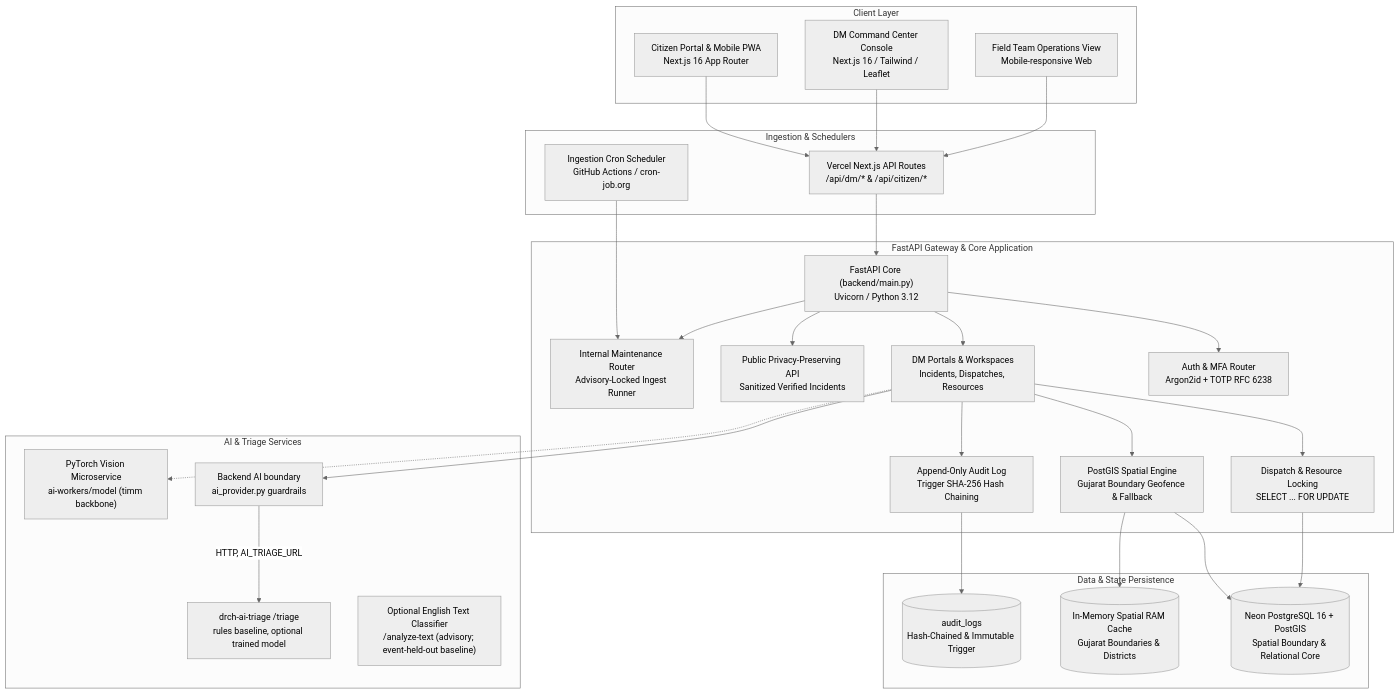
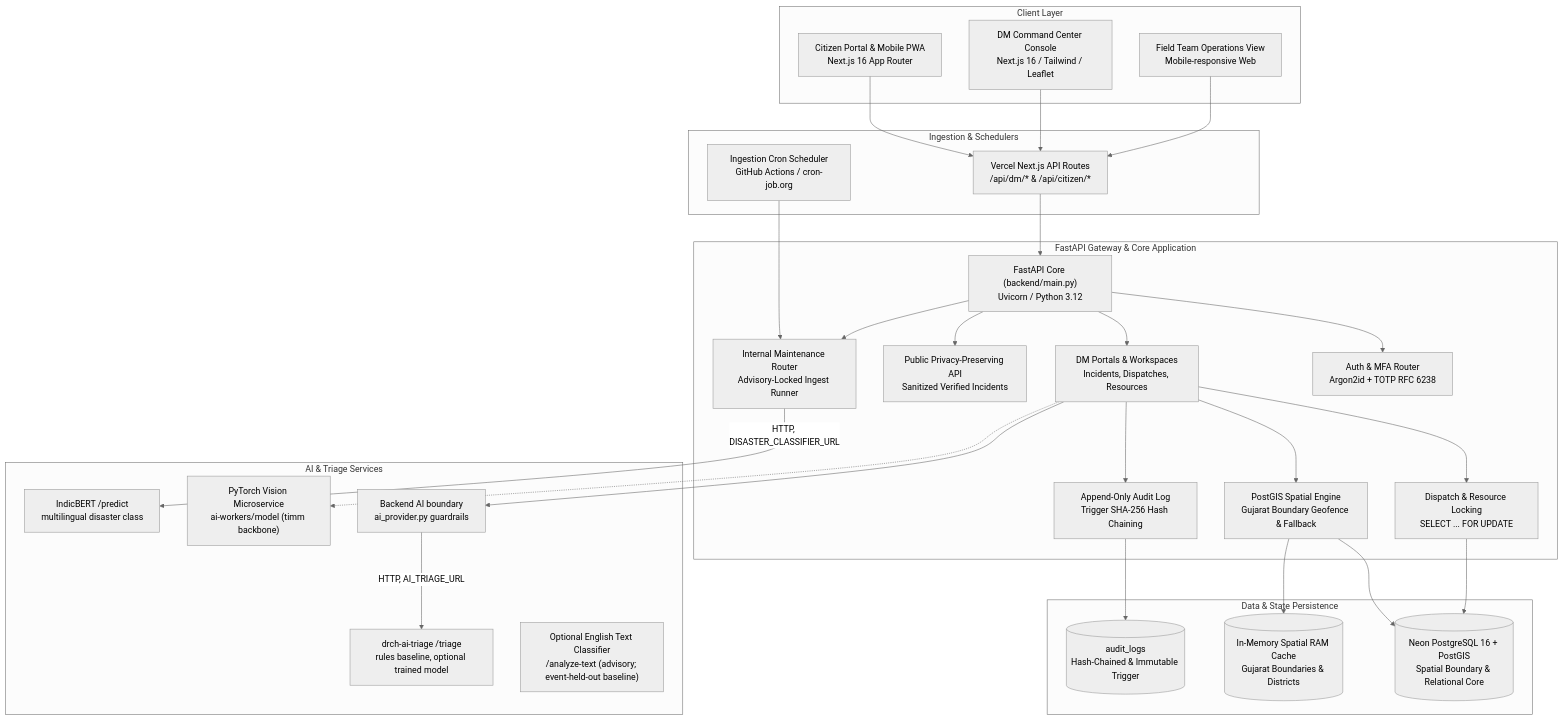
Before and after one commit to RudraBhat/IT314_Software_Project: the first of 2 diagrams in docs/ARCHITECTURE.md, drawn with Mermaid (neutral theme). The commit also changed other lines of this file and 11 other files, not shown here.

First line of the commit message:
feat(ingestion): connect live signals to disaster classifier

````diff
--- a/docs/ARCHITECTURE.md
+++ b/docs/ARCHITECTURE.md
@@ -22,60 +22,62 @@
 ```mermaid
 flowchart TD
     subgraph Clients["Client Layer"]
         CitizenUI["Citizen Portal & Mobile PWA<br/>Next.js 16 App Router"]
         DispatcherUI["DM Command Center Console<br/>Next.js 16 / Tailwind / Leaflet"]
         FieldUI["Field Team Operations View<br/>Mobile-responsive Web"]
     end
 
     subgraph Edge["Ingestion & Schedulers"]
         CronIngest["Ingestion Cron Scheduler<br/>GitHub Actions / cron-job.org"]
         VercelProxy["Vercel Next.js API Routes<br/>/api/dm/* & /api/citizen/*"]
     end
 
     subgraph BackendGateway["FastAPI Gateway & Core Application"]
         MainApp["FastAPI Core (backend/main.py)<br/>Uvicorn / Python 3.12"]
         AuthRouter["Auth & MFA Router<br/>Argon2id + TOTP RFC 6238"]
         DMRouters["DM Portals & Workspaces<br/>Incidents, Dispatches, Resources"]
         PublicRouter["Public Privacy-Preserving API<br/>Sanitized Verified Incidents"]
         InternalRouter["Internal Maintenance Router<br/>Advisory-Locked Ingest Runner"]
         GeoService["PostGIS Spatial Engine<br/>Gujarat Boundary Geofence & Fallback"]
         AuditService["Append-Only Audit Log<br/>Trigger SHA-256 Hash Chaining"]
         DispatchService["Dispatch & Resource Locking<br/>SELECT ... FOR UPDATE"]
     end
 
     subgraph DataStorage["Data & State Persistence"]
         NeonDB[("Neon PostgreSQL 16 + PostGIS<br/>Spatial Boundary & Relational Core")]
         AuditTable[("audit_logs<br/>Hash-Chained & Immutable Trigger")]
         InMemCache[("In-Memory Spatial RAM Cache<br/>Gujarat Boundaries & Districts")]
     end
 
     subgraph AIService["AI & Triage Services"]
         InProcessAI["Backend AI boundary<br/>ai_provider.py guardrails"]
         TriageAI["drch-ai-triage /triage<br/>rules baseline, optional trained model"]
+        DisasterClassifier["IndicBERT /predict<br/>multilingual disaster class"]
         TextAI["Optional English Text Classifier<br/>/analyze-text (advisory; event-held-out baseline)"]
         VisionAI["PyTorch Vision Microservice<br/>ai-workers/model (timm backbone)"]
     end
 
     CitizenUI --> VercelProxy
     DispatcherUI --> VercelProxy
     FieldUI --> VercelProxy
     VercelProxy --> MainApp
     CronIngest --> InternalRouter
 
     MainApp --> AuthRouter
     MainApp --> DMRouters
     MainApp --> PublicRouter
     MainApp --> InternalRouter
 
     DMRouters --> DispatchService
     DMRouters --> GeoService
     DMRouters --> AuditService
     DMRouters --> InProcessAI
     InProcessAI -->|HTTP, AI_TRIAGE_URL| TriageAI
+    InternalRouter -->|HTTP, DISASTER_CLASSIFIER_URL| DisasterClassifier
 
     DispatchService --> NeonDB
     GeoService --> NeonDB
     GeoService --> InMemCache
     AuditService --> AuditTable
     DMRouters -.-> VisionAI
 ```
````
